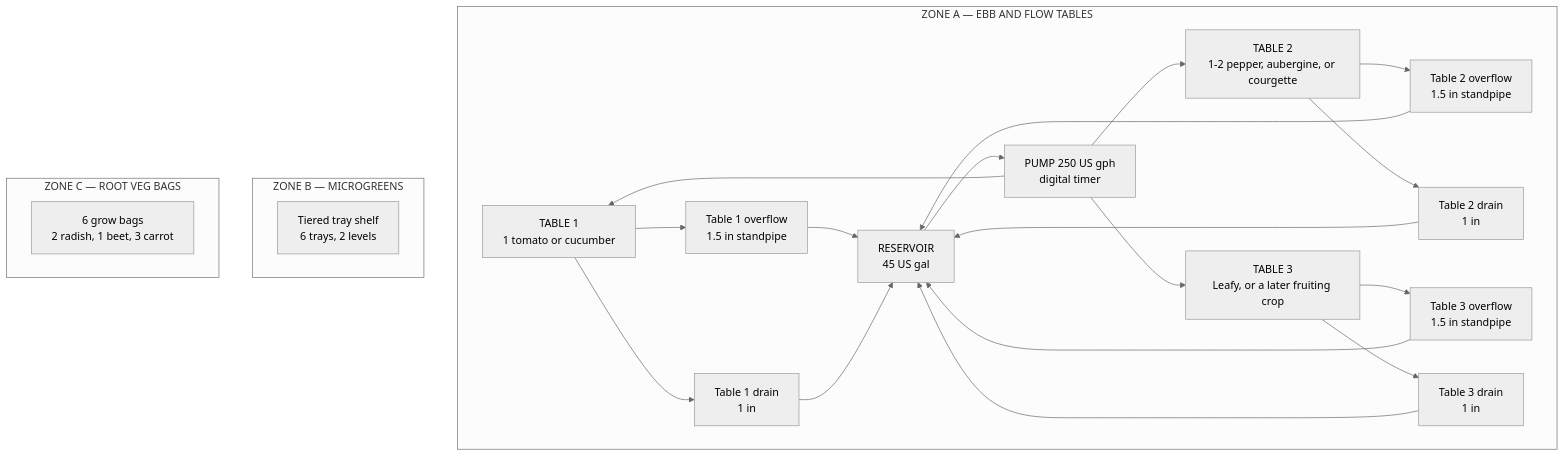
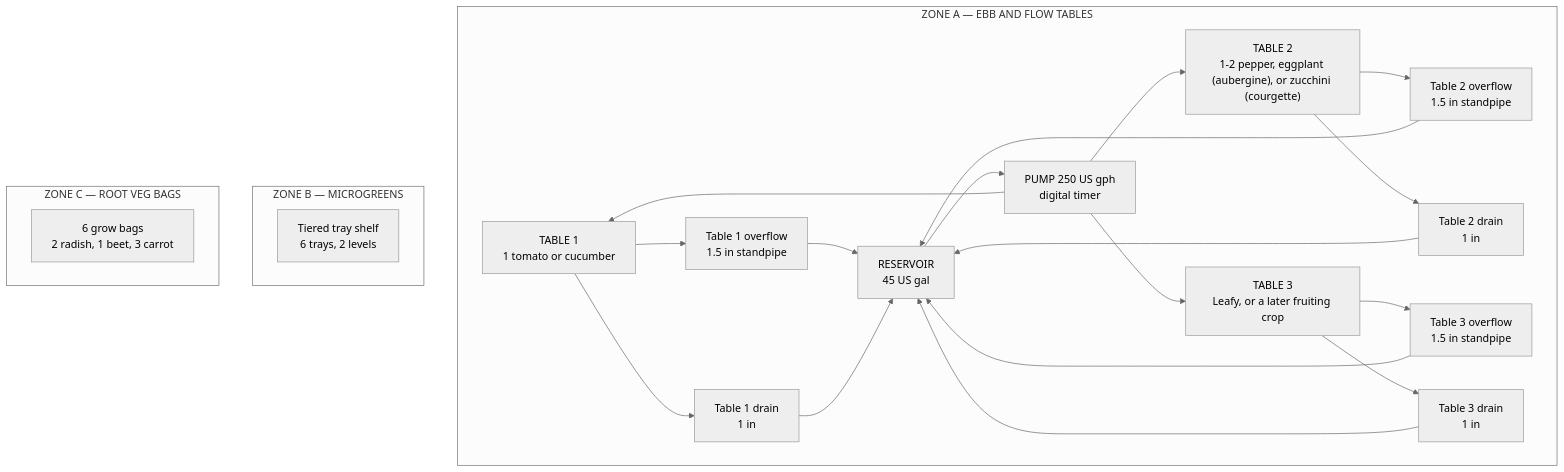
The first of 2 diagrams in guide/ebb-and-flow/00-system-overview.md (UncleJS/guide_hydroponics), drawn with Mermaid (neutral theme) before and after one commit. The commit also changed other lines of this file and 35 other files, not shown here.

````diff
--- a/guide/ebb-and-flow/00-system-overview.md
+++ b/guide/ebb-and-flow/00-system-overview.md
@@ -109,29 +109,29 @@
 ```mermaid
 flowchart TD
     subgraph ZoneA["ZONE A — EBB AND FLOW TABLES"]
         T1["TABLE 1<br/>1 tomato or cucumber"] --> OF1["Table 1 overflow<br/>1.5 in standpipe"]
         T1 --> DR1["Table 1 drain<br/>1 in"]
-        T2["TABLE 2<br/>1-2 pepper, aubergine, or courgette"] --> OF2["Table 2 overflow<br/>1.5 in standpipe"]
+        T2["TABLE 2<br/>1-2 pepper, eggplant (aubergine), or zucchini (courgette)"] --> OF2["Table 2 overflow<br/>1.5 in standpipe"]
         T2 --> DR2["Table 2 drain<br/>1 in"]
         T3["TABLE 3<br/>Leafy, or a later fruiting crop"] --> OF3["Table 3 overflow<br/>1.5 in standpipe"]
         T3 --> DR3["Table 3 drain<br/>1 in"]
         OF1 --> RES["RESERVOIR<br/>45 US gal"]
         DR1 --> RES
         OF2 --> RES
         DR2 --> RES
         OF3 --> RES
         DR3 --> RES
         RES --> PUMP["PUMP 250 US gph<br/>digital timer"]
         PUMP --> T1
         PUMP --> T2
         PUMP --> T3
     end
 
     subgraph ZoneB["ZONE B — MICROGREENS"]
         B["Tiered tray shelf<br/>6 trays, 2 levels"]
     end
 
     subgraph ZoneC["ZONE C — ROOT VEG BAGS"]
         C["6 grow bags<br/>2 radish, 1 beet, 3 carrot"]
     end
 ```
````
